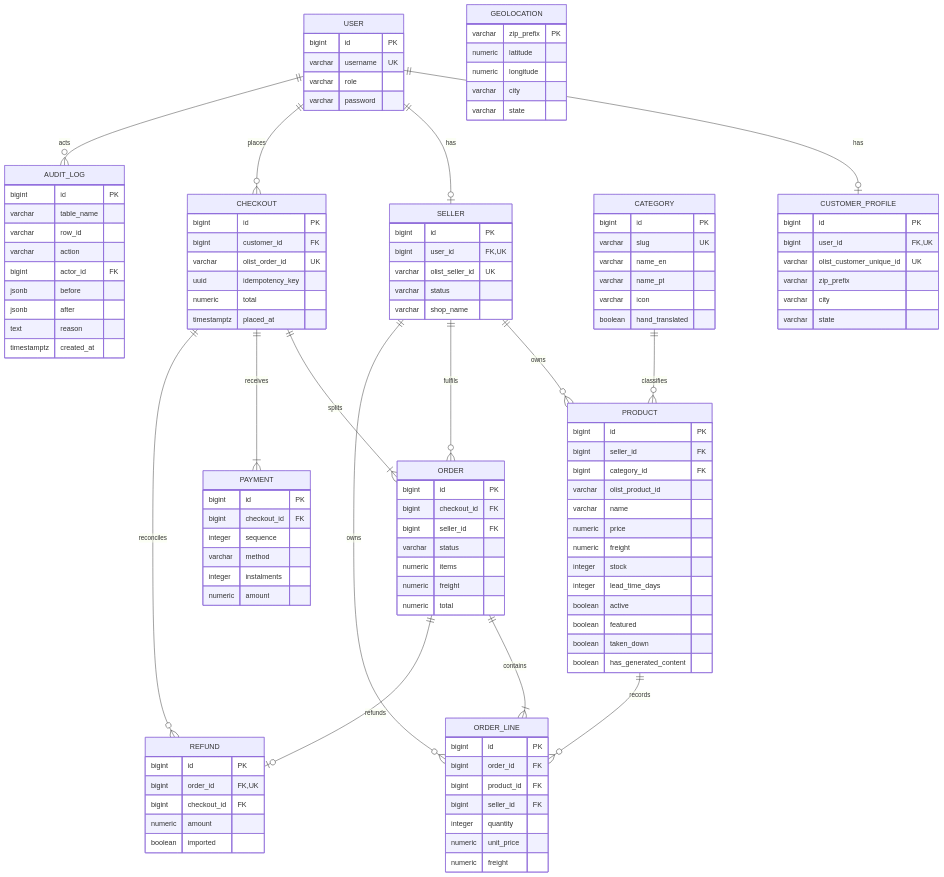
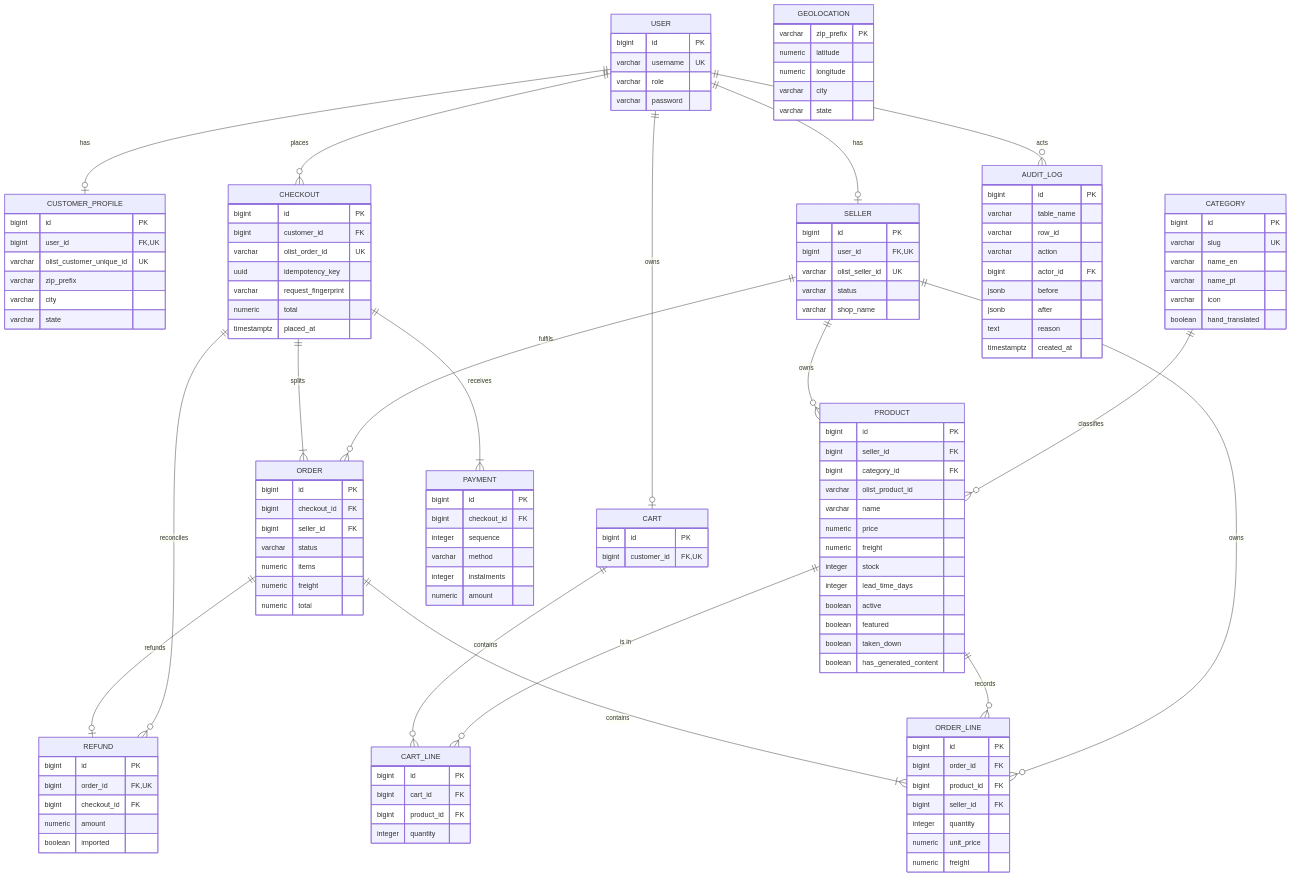
One commit to ZadeNova/INF2003_Database_Project changed the diagram in docs/DATA_MODEL.md. Above: the diagram before and after it, drawn with Mermaid. The commit also changed other lines of this file and 6 other files, not shown here.

```diff
--- a/docs/DATA_MODEL.md
+++ b/docs/DATA_MODEL.md
@@ -29,6 +29,9 @@
     ORDER ||--o| REFUND : refunds
     CHECKOUT ||--o{ REFUND : reconciles
     USER ||--o{ AUDIT_LOG : acts
+    USER ||--o| CART : owns
+    CART ||--o{ CART_LINE : contains
+    PRODUCT ||--o{ CART_LINE : "is in"
     USER {
         bigint id PK
         varchar username UK
@@ -78,6 +81,7 @@
         bigint customer_id FK
         varchar olist_order_id UK
         uuid idempotency_key
+        varchar request_fingerprint
         numeric total
         timestamptz placed_at
     }
@@ -125,6 +129,16 @@
         text reason
         timestamptz created_at
     }
+    CART {
+        bigint id PK
+        bigint customer_id FK,UK
+    }
+    CART_LINE {
+        bigint id PK
+        bigint cart_id FK
+        bigint product_id FK
+        integer quantity
+    }
     GEOLOCATION {
         varchar zip_prefix PK
         numeric latitude
```
